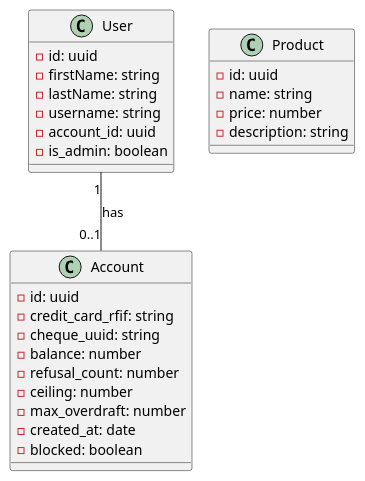
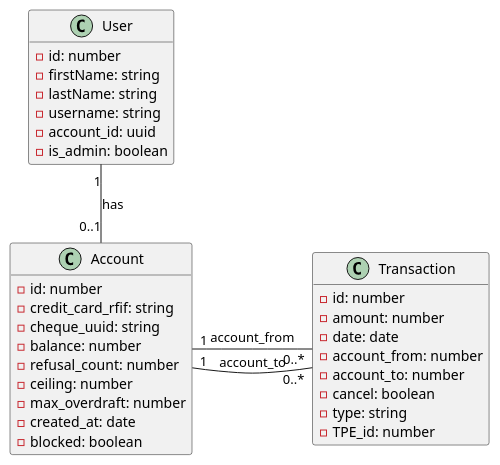
One commit to Msc1-NAN24/T-DEV-700 changed the diagram in diagram/Class.puml. Above: the diagram before and after it, drawn with PlantUML. The commit also changed 1 other file, not shown here.

```diff
--- a/diagram/Class.puml
+++ b/diagram/Class.puml
@@ -1,32 +1,42 @@
 @startuml Class
+
+hide methods
+
 class User {
-    - id: uuid
+    - id: number
     - firstName: string
     - lastName: string
     - username: string
     - account_id: uuid
     - is_admin: boolean
 }
 
 class Account {
-    - id: uuid
+    - id: number
     - credit_card_rfif: string
     - cheque_uuid: string
     - balance: number
     - refusal_count: number
     - ceiling: number
     - max_overdraft: number
     - created_at: date
     - blocked: boolean
 }
 
-class Product {
-    - id: uuid
-    - name: string
-    - price: number
-    - description: string
+class Transaction {
+    - id: number
+    - amount: number
+    - date: date
+    - account_from: number
+    - account_to: number
+    - cancel: boolean
+    - type: string
+    - TPE_id: number
 }
 
 User "1" -- "0..1" Account : has
+Account "1" - "0..*" Transaction : account_from
+
+Account "1" - "0..*" Transaction : account_to
 
 @enduml
```
